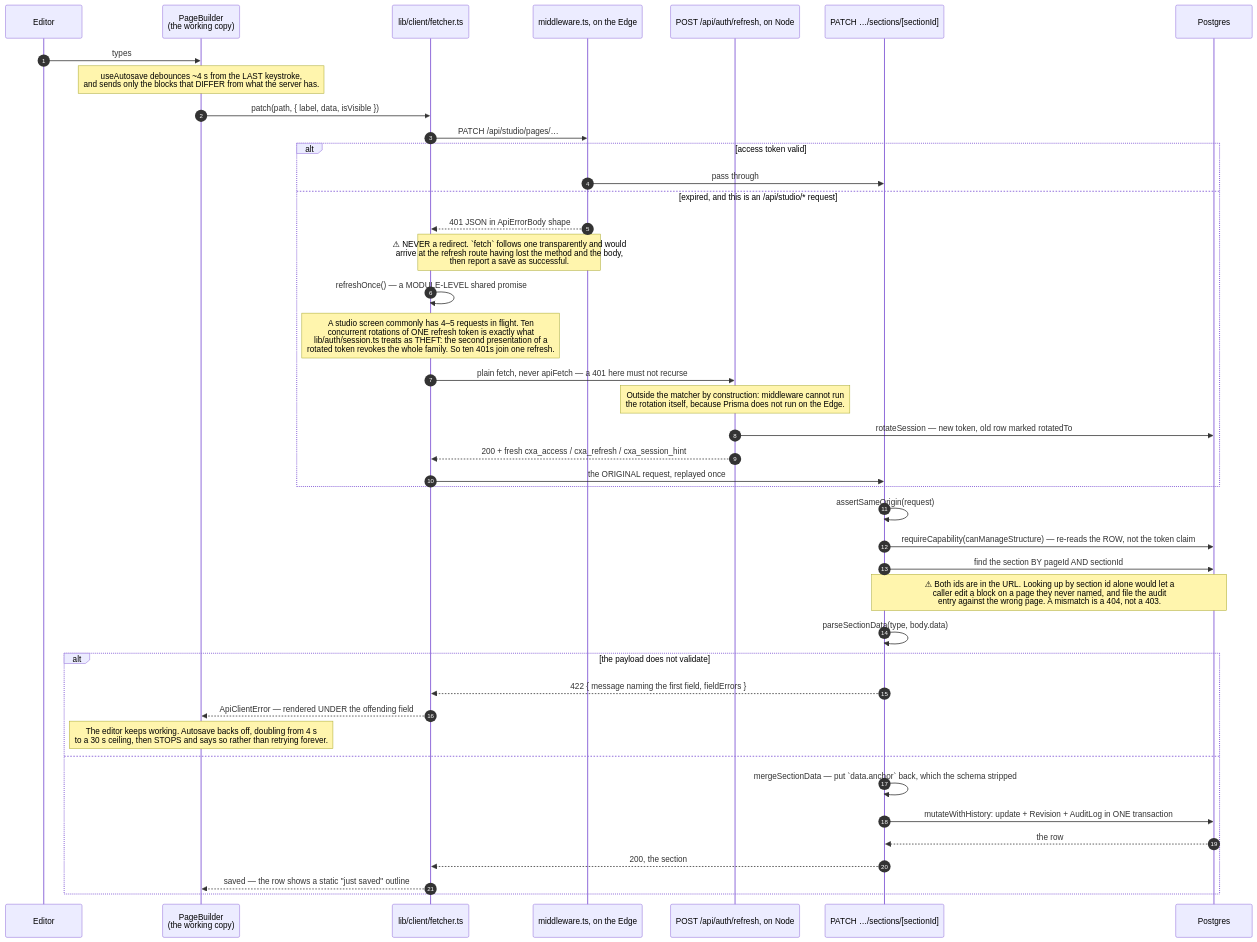
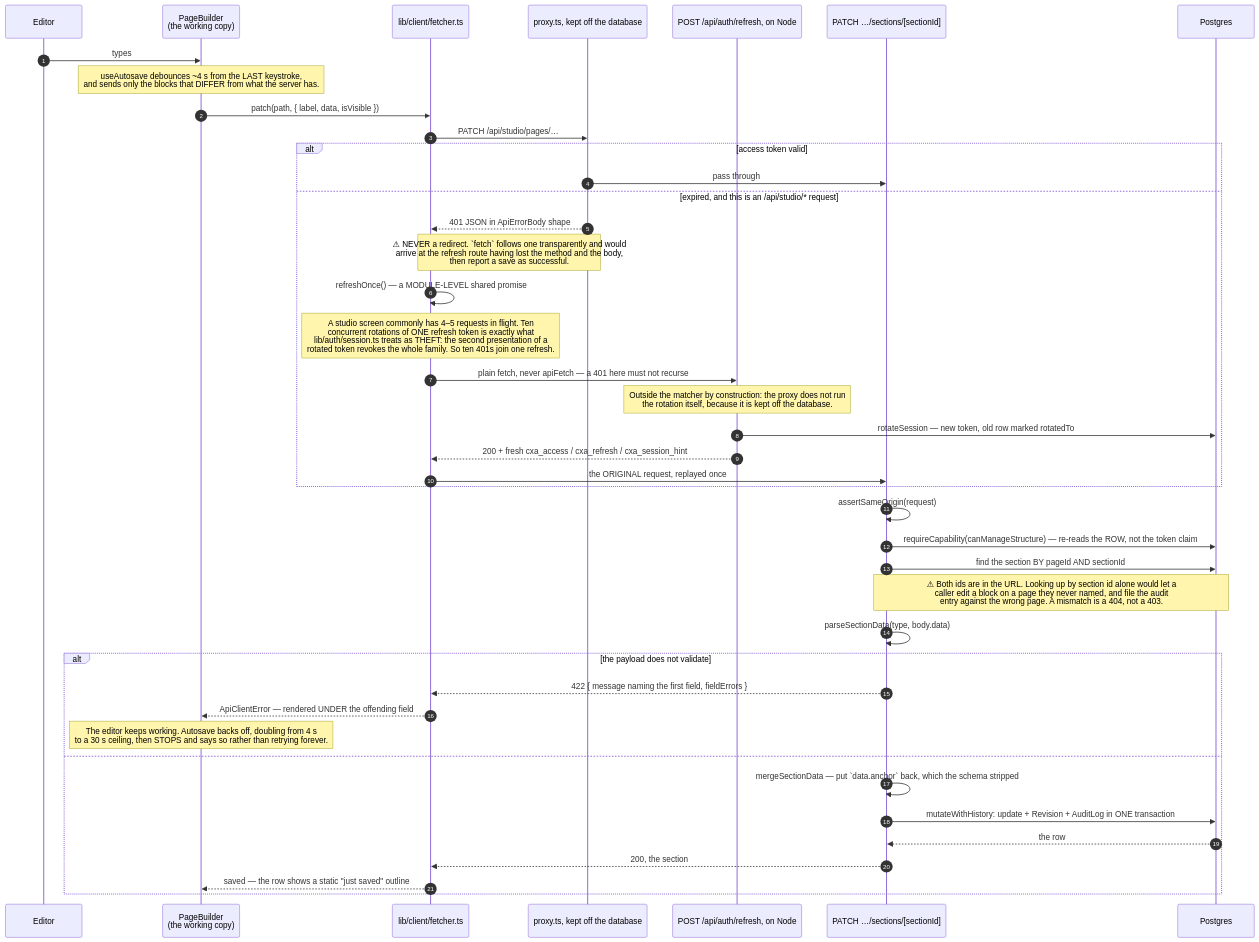
The fourth of 9 diagrams in docs/REQUEST-LIFECYCLE.md (cxacraftecosystem-ui/cxa-cms), drawn with Mermaid before and after one commit. The commit also changed other lines of this file and 111 other files, not shown here.

````diff
--- a/docs/REQUEST-LIFECYCLE.md
+++ b/docs/REQUEST-LIFECYCLE.md
@@ -143,47 +143,47 @@
 ```mermaid
 sequenceDiagram
     autonumber
     participant U as Editor
     participant PB as PageBuilder<br/>(the working copy)
     participant F as lib/client/fetcher.ts
-    participant MW as middleware.ts, on the Edge
+    participant MW as proxy.ts, kept off the database
     participant RF as POST /api/auth/refresh, on Node
     participant H as PATCH …/sections/[sectionId]
     participant P as Postgres
 
     U->>PB: types
     Note over PB: useAutosave debounces ~4 s from the LAST keystroke,<br/>and sends only the blocks that DIFFER from what the server has.
     PB->>F: patch(path, { label, data, isVisible })
     F->>MW: PATCH /api/studio/pages/…
 
     alt access token valid
         MW->>H: pass through
     else expired, and this is an /api/studio/* request
         MW-->>F: 401 JSON in ApiErrorBody shape
         Note over MW,F: ⚠ NEVER a redirect. `fetch` follows one transparently and would<br/>arrive at the refresh route having lost the method and the body,<br/>then report a save as successful.
         F->>F: refreshOnce() — a MODULE-LEVEL shared promise
         Note over F: A studio screen commonly has 4–5 requests in flight. Ten<br/>concurrent rotations of ONE refresh token is exactly what<br/>lib/auth/session.ts treats as THEFT: the second presentation of a<br/>rotated token revokes the whole family. So ten 401s join one refresh.
         F->>RF: plain fetch, never apiFetch — a 401 here must not recurse
-        Note over RF: Outside the matcher by construction: middleware cannot run<br/>the rotation itself, because Prisma does not run on the Edge.
+        Note over RF: Outside the matcher by construction: the proxy does not run<br/>the rotation itself, because it is kept off the database.
         RF->>P: rotateSession — new token, old row marked rotatedTo
         RF-->>F: 200 + fresh cxa_access / cxa_refresh / cxa_session_hint
         F->>H: the ORIGINAL request, replayed once
     end
 
     H->>H: assertSameOrigin(request)
     H->>P: requireCapability(canManageStructure) — re-reads the ROW, not the token claim
     H->>P: find the section BY pageId AND sectionId
     Note over H,P: ⚠ Both ids are in the URL. Looking up by section id alone would let a<br/>caller edit a block on a page they never named, and file the audit<br/>entry against the wrong page. A mismatch is a 404, not a 403.
     H->>H: parseSectionData(type, body.data)
     alt the payload does not validate
         H-->>F: 422 { message naming the first field, fieldErrors }
         F-->>PB: ApiClientError — rendered UNDER the offending field
         Note over PB: The editor keeps working. Autosave backs off, doubling from 4 s<br/>to a 30 s ceiling, then STOPS and says so rather than retrying forever.
     else
         H->>H: mergeSectionData — put `data.anchor` back, which the schema stripped
         H->>P: mutateWithHistory: update + Revision + AuditLog in ONE transaction
         P-->>H: the row
         H-->>F: 200, the section
         F-->>PB: saved — the row shows a static "just saved" outline
     end
 ```
````
